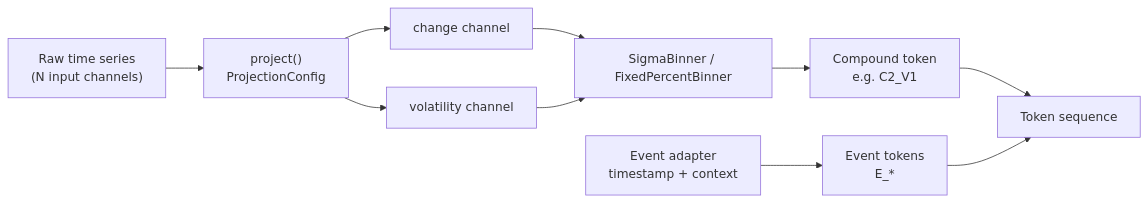
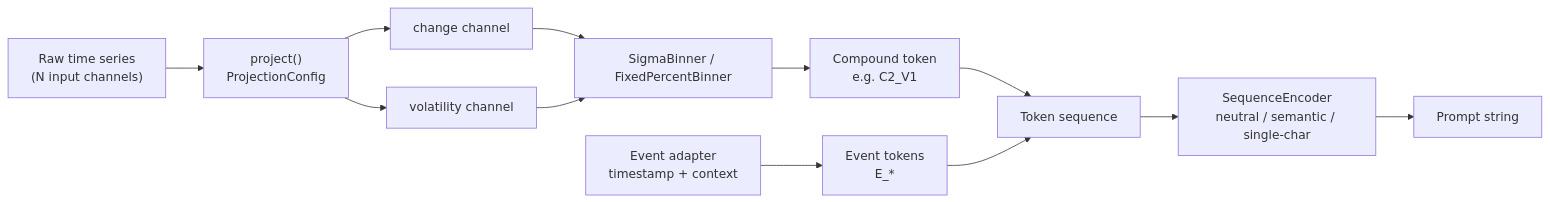
Before and after one commit to MuhammetAliVarlik/symbolic-ts: the diagram in README.md, drawn with Mermaid. The commit also changed other lines of this file and 5 other files, not shown here.

First line of the commit message:
9-Sequence encoders (#10)

````diff
--- a/README.md
+++ b/README.md
@@ -22,12 +22,14 @@
 ```mermaid
 flowchart LR
     A["Raw time series\n(N input channels)"] --> B["project()\nProjectionConfig"]
     B --> C["change channel"]
     B --> D["volatility channel"]
     C --> E["SigmaBinner / FixedPercentBinner"]
     D --> E
     E --> F["Compound token\ne.g. C2_V1"]
     F --> H["Token sequence"]
     G["Event adapter\ntimestamp + context"] --> I["Event tokens\nE_*"]
     I --> H
+    H --> J["SequenceEncoder\nneutral / semantic / single-char"]
+    J --> K["Prompt string"]
 ```
````
